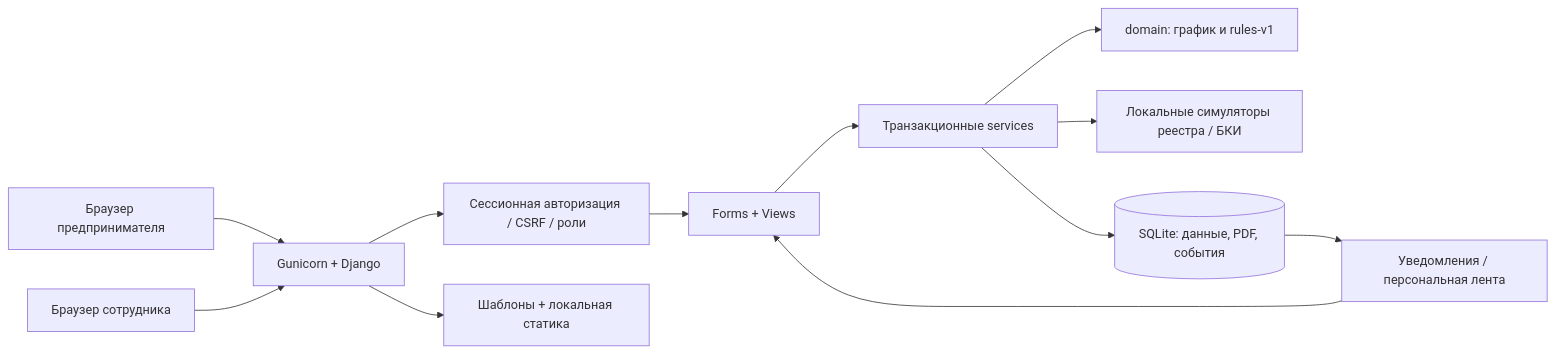
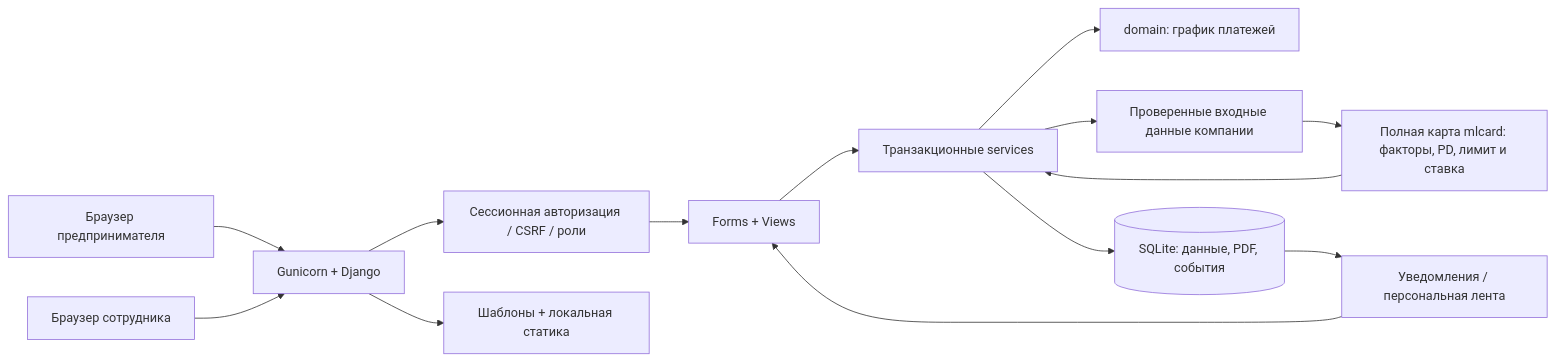
The first of 3 diagrams in docs/architecture.md (falvah/alpha), drawn with Mermaid before and after one commit. The commit also changed other lines of this file and 74 other files, not shown here.

````diff
--- a/docs/architecture.md
+++ b/docs/architecture.md
@@ -5,14 +5,16 @@
 ```mermaid
 flowchart LR
   C[Браузер предпринимателя] --> W[Gunicorn + Django]
   E[Браузер сотрудника] --> W
   W --> A[Сессионная авторизация / CSRF / роли]
   A --> V[Forms + Views]
   V --> S[Транзакционные services]
-  S --> R[domain: график и rules-v1]
-  S --> M[Локальные симуляторы реестра / БКИ]
+  S --> R[domain: график платежей]
+  S --> I[Проверенные входные данные компании]
+  I --> M[Полная карта mlcard: факторы, PD, лимит и ставка]
+  M --> S
   S --> D[(SQLite: данные, PDF, события)]
   W --> T[Шаблоны + локальная статика]
   D --> N[Уведомления / персональная лента]
   N --> V
 ```
````
